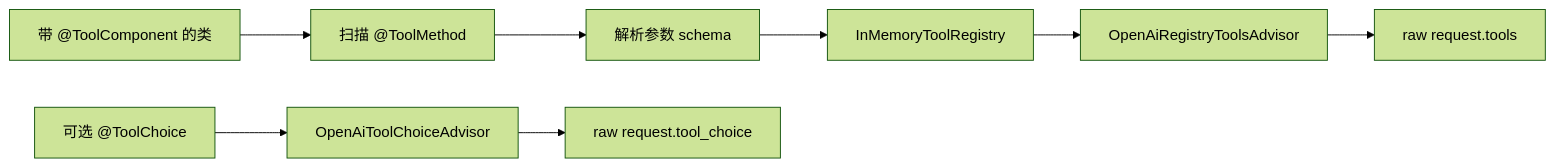
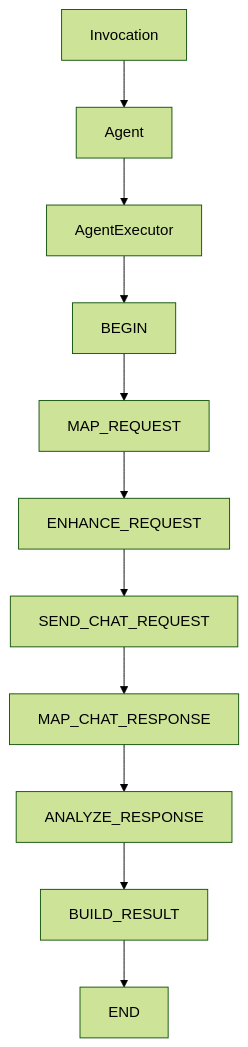
One commit to Halcyonsong/liteagent-template changed the second of 2 diagrams in README.md. Above: the diagram before and after it, drawn with Mermaid (forest theme). The commit also changed other lines of this file and 86 other files, not shown here.

````diff
--- a/README.md
+++ b/README.md
@@ -139,10 +53,13 @@
 ```mermaid
-flowchart LR
-    A[带 @ToolComponent 的类] --> B[扫描 @ToolMethod]
-    B --> C[解析参数 schema]
-    C --> D[InMemoryToolRegistry]
-    D --> E[OpenAiRegistryToolsAdvisor]
-    E --> F[raw request.tools]
-    G[可选 @ToolChoice] --> H[OpenAiToolChoiceAdvisor]
-    H --> I[raw request.tool_choice]
+flowchart TD
+    B1[Invocation] --> B2[Agent]
+    B2 --> B3[AgentExecutor]
+    B3 --> B4[BEGIN]
+    B4 --> B5[MAP_REQUEST]
+    B5 --> B6[ENHANCE_REQUEST]
+    B6 --> B7[SEND_CHAT_REQUEST]
+    B7 --> B8[MAP_CHAT_RESPONSE]
+    B8 --> B9[ANALYZE_RESPONSE]
+    B9 --> B10[BUILD_RESULT]
+    B10 --> B11[END]
 ```
````
